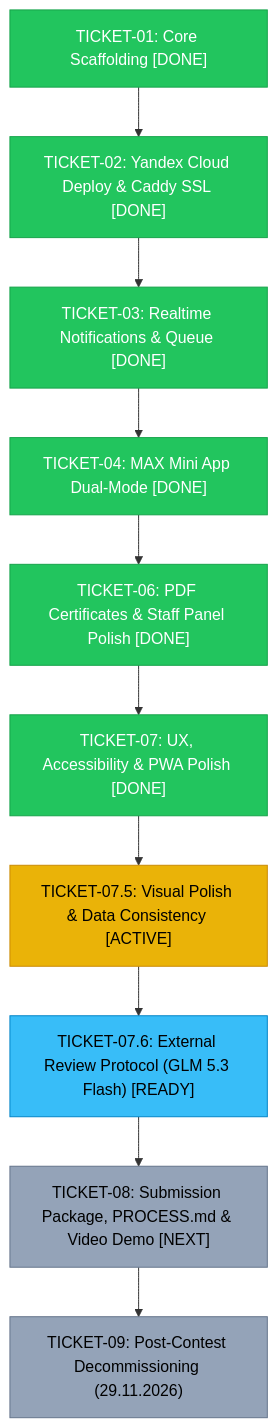
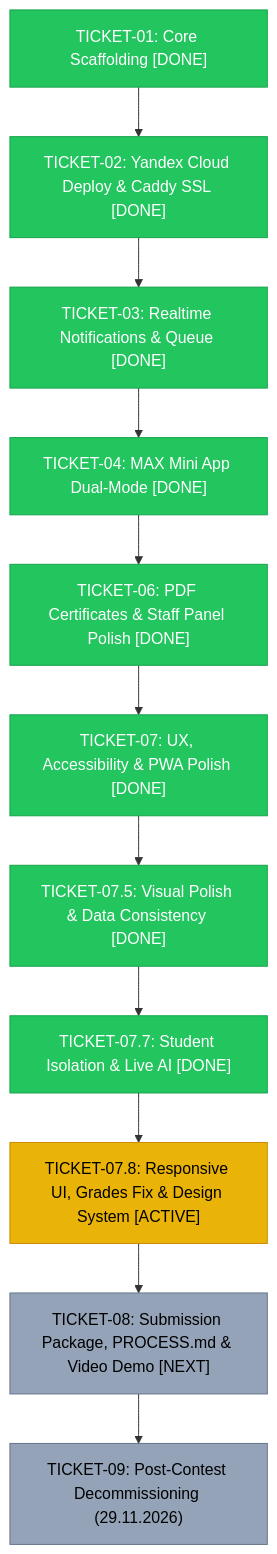
The diagram in docs/STATE.md (Nek1yZakhar/dekanat), drawn with Mermaid before and after one commit. The commit also changed other lines of this file and 22 other files, not shown here.

Commit message:
feat: адаптивность Mobile-to-Desktop, устранение сбоя SSR на /grades, SSoT расписания на главной и внедрение B2B UI стандартов (TICKET-07.8)

````diff
--- a/docs/STATE.md
+++ b/docs/STATE.md
@@ -69,23 +70,25 @@
 ```mermaid
 graph TD
     T01["TICKET-01: Core Scaffolding [DONE]"] --> T02["TICKET-02: Yandex Cloud Deploy & Caddy SSL [DONE]"]
     T02 --> T03["TICKET-03: Realtime Notifications & Queue [DONE]"]
     T03 --> T04["TICKET-04: MAX Mini App Dual-Mode [DONE]"]
     T04 --> T06["TICKET-06: PDF Certificates & Staff Panel Polish [DONE]"]
     T06 --> T07["TICKET-07: UX, Accessibility & PWA Polish [DONE]"]
-    T07 --> T075["TICKET-07.5: Visual Polish & Data Consistency [ACTIVE]"]
-    T075 --> T076["TICKET-07.6: External Review Protocol (GLM 5.3 Flash) [READY]"]
-    T076 --> T08["TICKET-08: Submission Package, PROCESS.md & Video Demo [NEXT]"]
+    T07 --> T075["TICKET-07.5: Visual Polish & Data Consistency [DONE]"]
+    T075 --> T077["TICKET-07.7: Student Isolation & Live AI [DONE]"]
+    T077 --> T078["TICKET-07.8: Responsive UI, Grades Fix & Design System [ACTIVE]"]
+    T078 --> T08["TICKET-08: Submission Package, PROCESS.md & Video Demo [NEXT]"]
     T08 --> T09["TICKET-09: Post-Contest Decommissioning (29.11.2026)"]
 
     style T01 fill:#22c55e,stroke:#16a34a,color:#fff
     style T02 fill:#22c55e,stroke:#16a34a,color:#fff
     style T03 fill:#22c55e,stroke:#16a34a,color:#fff
     style T04 fill:#22c55e,stroke:#16a34a,color:#fff
     style T06 fill:#22c55e,stroke:#16a34a,color:#fff
     style T07 fill:#22c55e,stroke:#16a34a,color:#fff
-    style T075 fill:#eab308,stroke:#ca8a04,color:#000
-    style T076 fill:#38bdf8,stroke:#0284c7,color:#000
+    style T075 fill:#22c55e,stroke:#16a34a,color:#fff
+    style T077 fill:#22c55e,stroke:#16a34a,color:#fff
+    style T078 fill:#eab308,stroke:#ca8a04,color:#000
     style T08 fill:#94a3b8,stroke:#64748b,color:#000
     style T09 fill:#94a3b8,stroke:#64748b,color:#000
 ```
````
